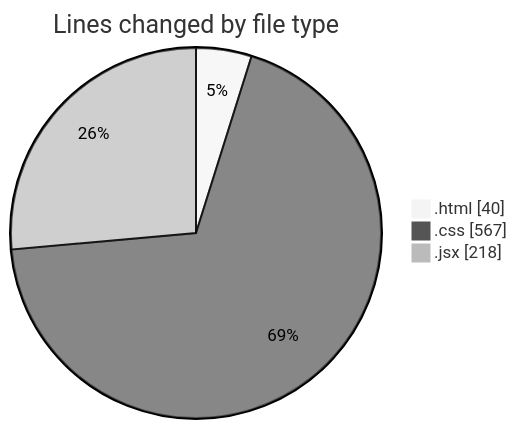
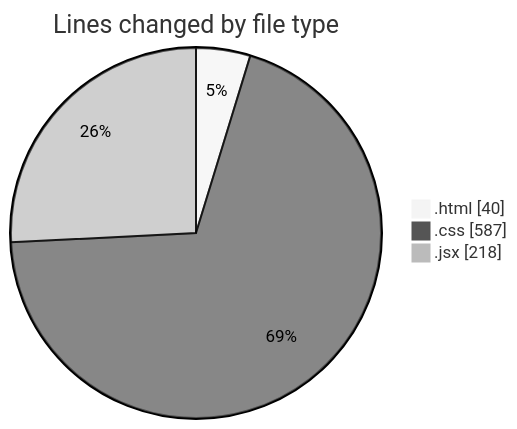
The first of 2 diagrams in 2025-05-26/projects/README.md (Ritupan-Deka/code-tracking), drawn with Mermaid (neutral theme) before and after one commit. The commit also changed other lines of this file and 1 other file, not shown here.

````diff
--- a/2025-05-26/projects/README.md
+++ b/2025-05-26/projects/README.md
@@ -23,7 +23,7 @@
 ```mermaid
 pie showData
 title Lines changed by file type
 ".html" : 40
-".css" : 567
+".css" : 587
 ".jsx" : 218
 ```
````
